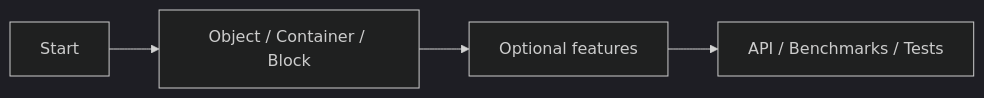
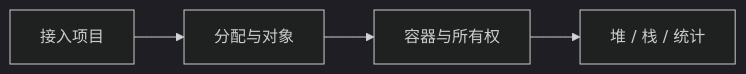
The diagram in docs/README.zh-CN.md (dugan-dev/UniMemory), drawn with Mermaid (dark theme) before and after one commit. The commit also changed other lines of this file and 44 other files, not shown here.

````diff
--- a/docs/README.zh-CN.md
+++ b/docs/README.zh-CN.md
@@ -7,6 +7,6 @@
 ```mermaid
 flowchart LR
-    A[Start] --> B[Object / Container / Block]
-    B --> C[Optional features]
-    C --> D[API / Benchmarks / Tests]
+    A[接入项目] --> B[分配与对象]
+    B --> C[容器与所有权]
+    C --> D[堆 / 栈 / 统计]
 ```
````
